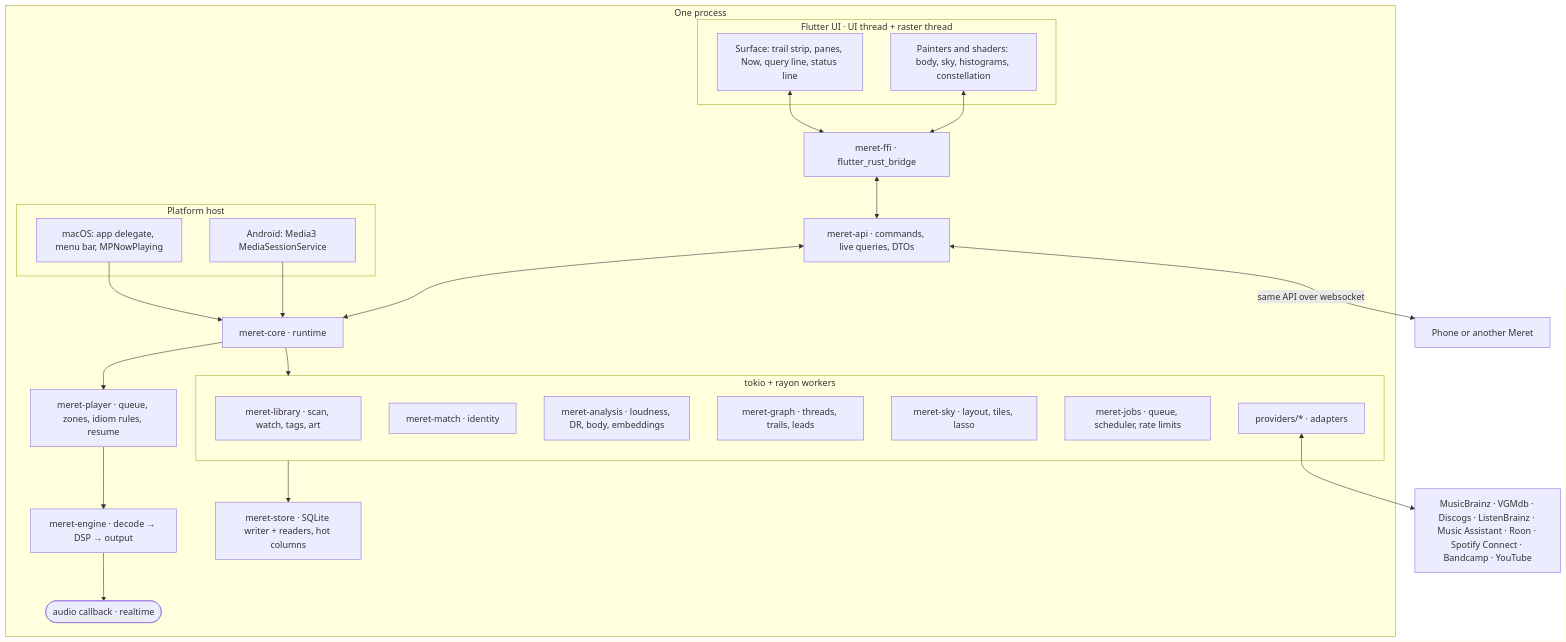
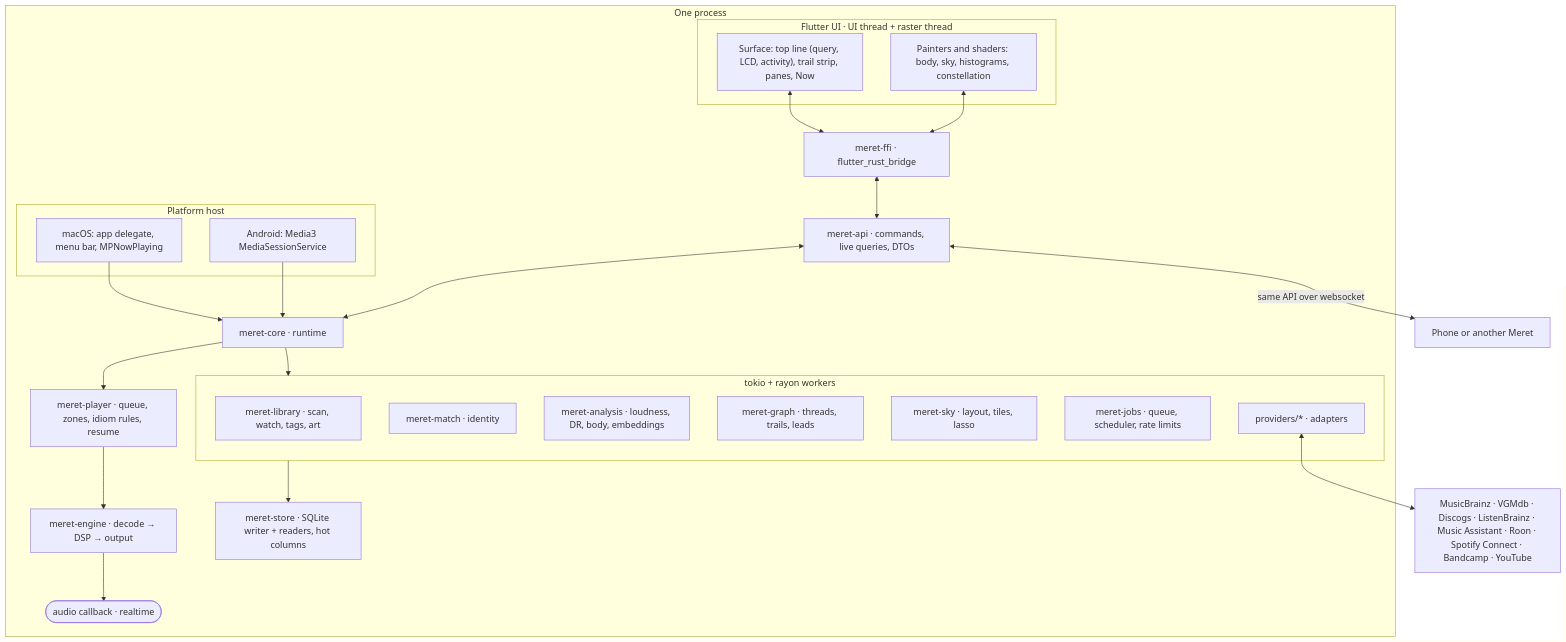
Before and after one commit to solforged/meret: the diagram in docs/architecture.md, drawn with Mermaid. The commit also changed other lines of this file and 19 other files, not shown here.

First line of the commit message:
feat(shell): consolidated desktop controls in the top bar

````diff
--- a/docs/architecture.md
+++ b/docs/architecture.md
@@ -19,39 +19,39 @@
 ```mermaid
 flowchart TB
     subgraph Process["One process"]
         subgraph UI["Flutter UI · UI thread + raster thread"]
-            Shell["Surface: trail strip, panes, Now, query line, status line"]
+            Shell["Surface: top line (query, LCD, activity), trail strip, panes, Now"]
             Draw["Painters and shaders: body, sky, histograms, constellation"]
         end
         subgraph Host["Platform host"]
             MacHost["macOS: app delegate, menu bar, MPNowPlaying"]
             DroidHost["Android: Media3 MediaSessionService"]
         end
         FFI["meret-ffi · flutter_rust_bridge"]
         API["meret-api · commands, live queries, DTOs"]
         Core["meret-core · runtime"]
         subgraph Workers["tokio + rayon workers"]
             Library["meret-library · scan, watch, tags, art"]
             Match["meret-match · identity"]
             Analysis["meret-analysis · loudness, DR, body, embeddings"]
             Graph["meret-graph · threads, trails, leads"]
             Sky["meret-sky · layout, tiles, lasso"]
             Jobs["meret-jobs · queue, scheduler, rate limits"]
             Providers["providers/* · adapters"]
         end
         Store["meret-store · SQLite writer + readers, hot columns"]
         Player["meret-player · queue, zones, idiom rules, resume"]
         Engine["meret-engine · decode → DSP → output"]
         RT(["audio callback · realtime"])
         Shell <--> FFI
         Draw <--> FFI
         MacHost --> Core
         DroidHost --> Core
         FFI <--> API <--> Core
         Core --> Workers
         Workers --> Store
         Core --> Player --> Engine --> RT
     end
     API <-->|"same API over websocket"| Phone["Phone or another Meret"]
     Providers <--> Net["MusicBrainz · VGMdb · Discogs · ListenBrainz · Music Assistant · Roon · Spotify Connect · Bandcamp · YouTube"]
 ```
````
